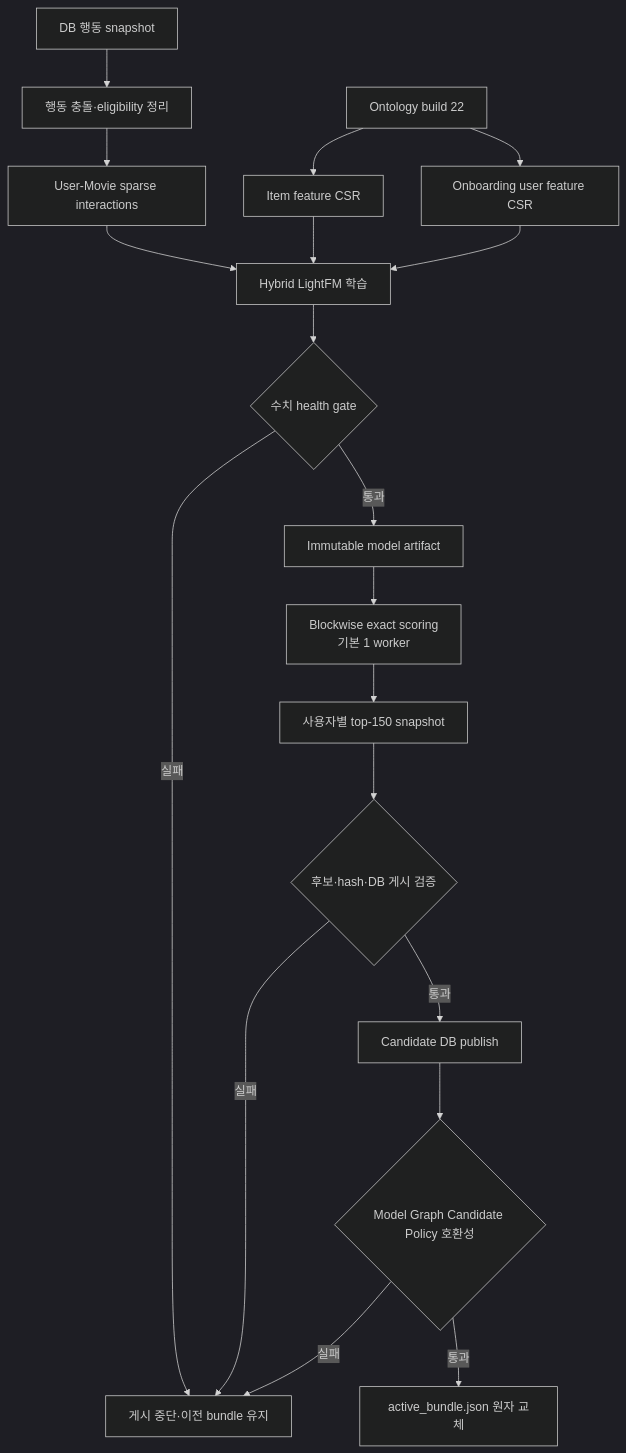
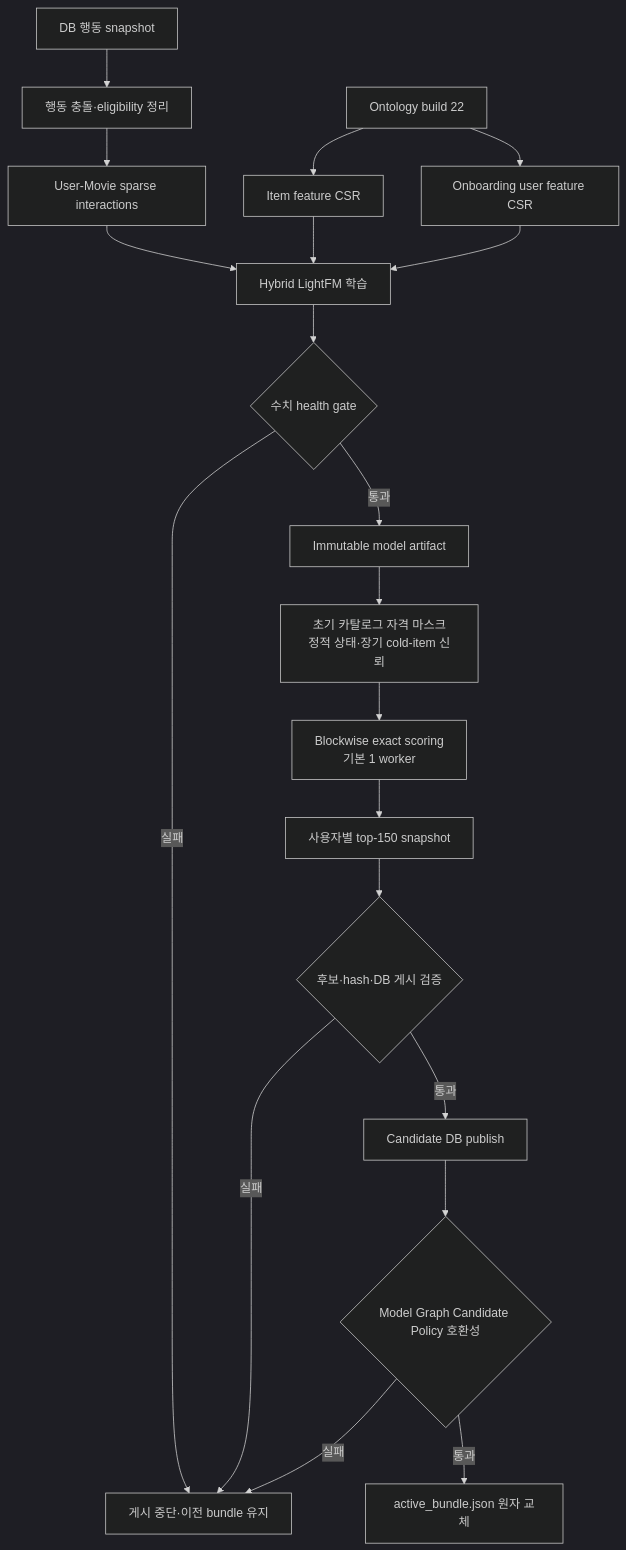
One commit to SSAG-amja/VIDEO_BACK changed the second of 5 diagrams in z_v3_docs/01_architecture_and_pipeline.md. Above: the diagram before and after it, drawn with Mermaid (dark theme). The commit also changed other lines of this file and 9 other files, not shown here.

````diff
--- a/z_v3_docs/01_architecture_and_pipeline.md
+++ b/z_v3_docs/01_architecture_and_pipeline.md
@@ -44,21 +44,22 @@
 ```mermaid
 flowchart TD
     A[DB 행동 snapshot] --> B[행동 충돌·eligibility 정리]
     B --> C[User-Movie sparse interactions]
     D[Ontology build 22] --> E[Item feature CSR]
     D --> F[Onboarding user feature CSR]
     C --> G[Hybrid LightFM 학습]
     E --> G
     F --> G
     G --> H{수치 health gate}
     H -- 실패 --> X[게시 중단·이전 bundle 유지]
     H -- 통과 --> I[Immutable model artifact]
-    I --> J[Blockwise exact scoring<br/>기본 1 worker]
+    I --> IA[초기 카탈로그 자격 마스크<br/>정적 상태·장기 cold-item 신뢰]
+    IA --> J[Blockwise exact scoring<br/>기본 1 worker]
     J --> K[사용자별 top-150 snapshot]
     K --> L{후보·hash·DB 게시 검증}
     L -- 실패 --> X
     L -- 통과 --> N[Candidate DB publish]
     N --> O{Model Graph Candidate Policy 호환성}
     O -- 실패 --> X
     O -- 통과 --> Q[active_bundle.json 원자 교체]
 ```
````
